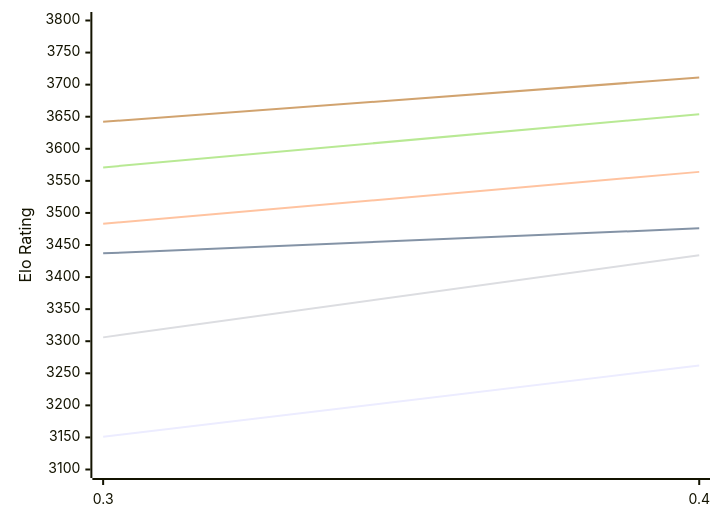
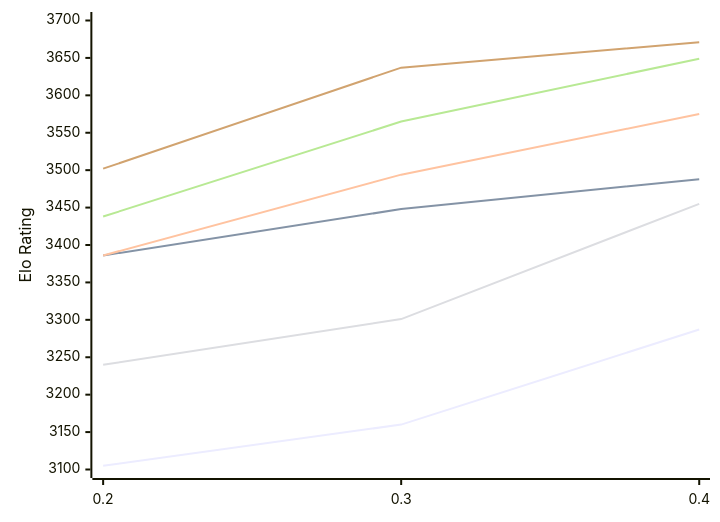
One commit to computer-chess-index/cci changed the diagram in engines/StockDory.md. Above: the diagram before and after it, drawn with Mermaid. The commit also changed other lines of this file, not shown here.

Commit message:
Update CCI Ratings (ELO VLTC) - 2026-11-06

````diff
--- a/engines/StockDory.md
+++ b/engines/StockDory.md
@@ -49,12 +51,12 @@
 ```mermaid
 %%{init: {"theme":"base","themeVariables":{"seriesColors:['#a3a3a3','#222221','#faa371']}}}%%
 xychart-beta
-  x-axis ["0.3", "0.4"]
-  y-axis "Elo Rating" 3100 --> 3800
-  line "E1: STC (8.0+0.08s)" [3151, 3262]
-  line "E1: LTC (60.0+0.60s)" [3437, 3476]
-  line "E1: VLTC (2m24s+1.12s)" [3483, 3564]
-  line "P1: STC (8.0+0.08s)" [3306, 3434]
-  line "P1: LTC (60.0+0.60s)" [3571, 3654]
-  line "P1: VLTC (2m24s+1.12s)" [3642, 3711]
+  x-axis ["0.2", "0.3", "0.4"]
+  y-axis "Elo Rating" 3100 --> 3700
+  line "E1: STC (8.0+0.08s)" [3105, 3160, 3287]
+  line "E1: LTC (60.0+0.60s)" [3386, 3448, 3488]
+  line "E1: VLTC (2m24s+1.12s)" [3386, 3494, 3575]
+  line "P1: STC (8.0+0.08s)" [3240, 3301, 3455]
+  line "P1: LTC (60.0+0.60s)" [3438, 3565, 3649]
+  line "P1: VLTC (2m24s+1.12s)" [3502, 3637, 3671]
 ```
````
